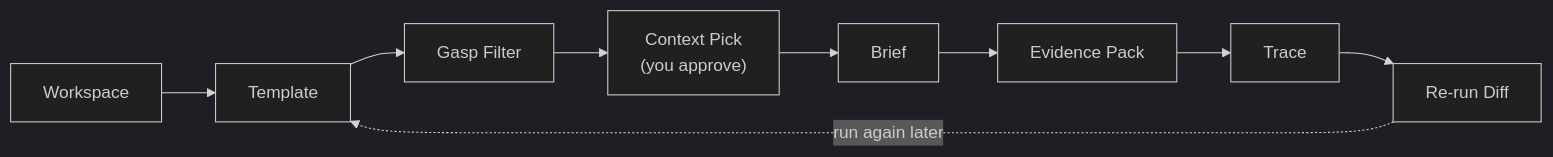
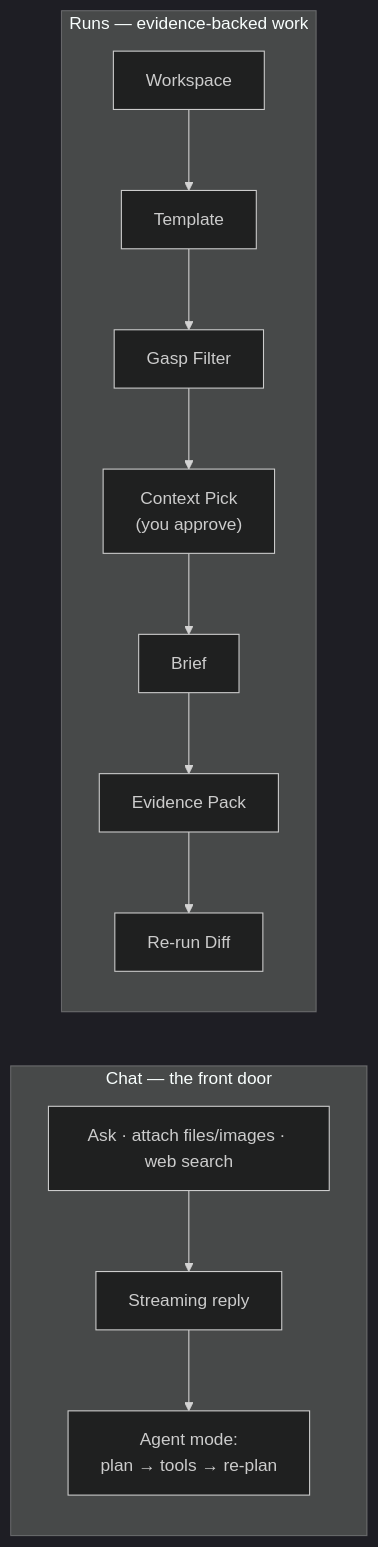
The second of 2 diagrams in README.md (KKWANH/ai-assistant), drawn with Mermaid (dark theme) before and after one commit. The commit also changed other lines of this file and 15 other files, not shown here.

````diff
--- a/README.md
+++ b/README.md
@@ -55,11 +57,12 @@
 ```mermaid
 flowchart LR
-    WS["Workspace"] --> TPL["Template"]
-    TPL --> GASP["Gasp Filter"]
-    GASP --> CTX["Context Pick\n(you approve)"]
-    CTX --> BRIEF["Brief"]
-    BRIEF --> EV["Evidence Pack"]
-    EV --> TR["Trace"]
-    TR --> DIFF["Re-run Diff"]
-    DIFF -.run again later.-> TPL
+    subgraph chat["Chat — the front door"]
+      C1["Ask · attach files/images · web search"] --> C2["Streaming reply"]
+      C2 --> C3["Agent mode:\nplan → tools → re-plan"]
+    end
+    subgraph run["Runs — evidence-backed work"]
+      R1["Workspace"] --> R2["Template"] --> R3["Gasp Filter"]
+      R3 --> R4["Context Pick\n(you approve)"] --> R5["Brief"]
+      R5 --> R6["Evidence Pack"] --> R7["Re-run Diff"]
+    end
 ```
````
